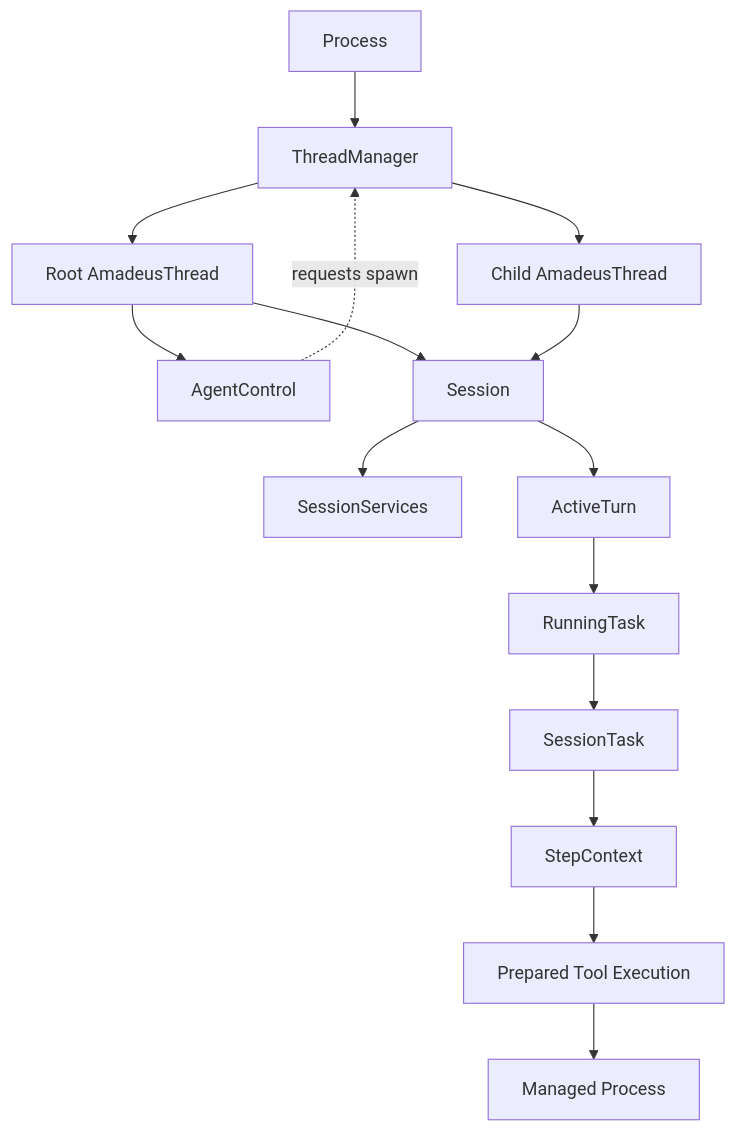
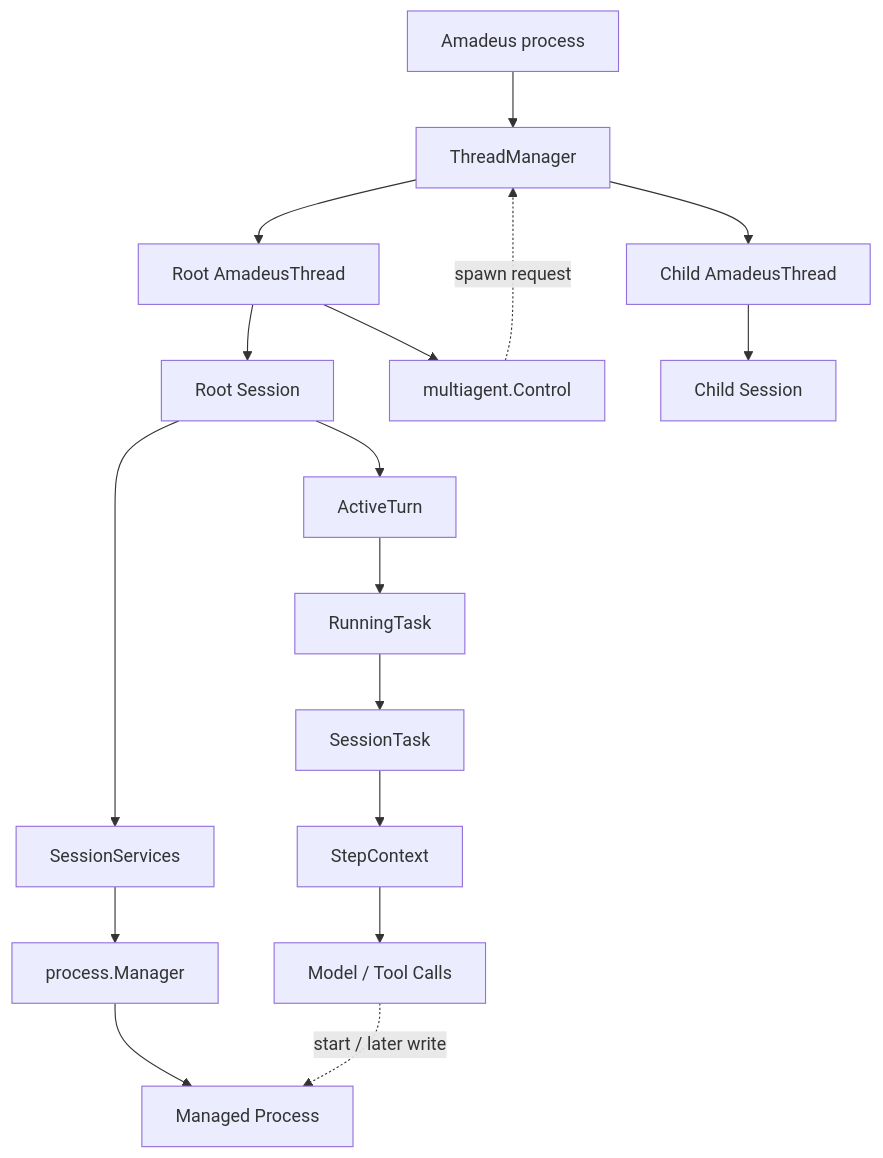
One commit to Godric-W/Amadeus changed the third of 43 diagrams in docs/architecture-whitepaper.md. Above: the diagram before and after it, drawn with Mermaid. The commit also changed other lines of this file and 1 other file, not shown here.

````diff
--- a/docs/architecture-whitepaper.md
+++ b/docs/architecture-whitepaper.md
@@ -141,31 +221,19 @@
 ```mermaid
 flowchart TD
-    P[Process]
-    TM[ThreadManager]
-    Root[Root AmadeusThread]
-    AC[AgentControl]
-    Child[Child AmadeusThread]
-    S[Session]
-    SS[SessionServices]
-    AT[ActiveTurn]
-    RT[RunningTask]
-    TS[SessionTask]
-    Step[StepContext]
-    Tool[Prepared Tool Execution]
-    Proc[Managed Process]
-
-    P --> TM
-    TM --> Root
-    Root --> S
-    Root --> AC
-    AC -. requests spawn .-> TM
-    TM --> Child
-    Child --> S
-    S --> SS
-    S --> AT
-    AT --> RT
-    RT --> TS
-    TS --> Step
-    Step --> Tool
-    Tool --> Proc
+    Process[Amadeus process] --> Manager[ThreadManager]
+    Manager --> Root[Root AmadeusThread]
+    Root --> RootSession[Root Session]
+    Root --> Control[multiagent.Control]
+    Control -. spawn request .-> Manager
+    Manager --> Child[Child AmadeusThread]
+    Child --> ChildSession[Child Session]
+    RootSession --> Services[SessionServices]
+    Services --> ProcessManager[process.Manager]
+    RootSession --> Active[ActiveTurn]
+    Active --> Running[RunningTask]
+    Running --> SessionTask[SessionTask]
+    SessionTask --> Step[StepContext]
+    Step --> Calls[Model / Tool Calls]
+    ProcessManager --> ManagedProcess[Managed Process]
+    Calls -. start / later write .-> ManagedProcess
 ```
````
